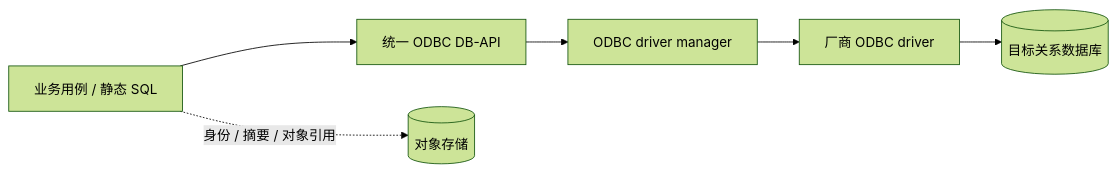
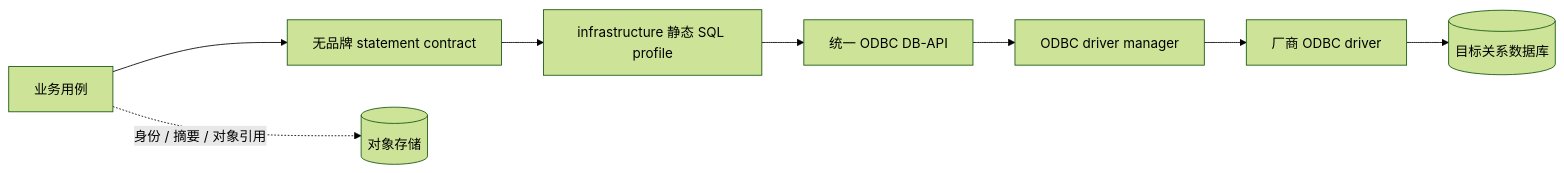
The first of 2 diagrams in docs/architecture/database-portability.md (hrygo/SpeechNexus), drawn with Mermaid (forest theme) before and after one commit. The commit also changed other lines of this file and 12 other files, not shown here.

````diff
--- a/docs/architecture/database-portability.md
+++ b/docs/architecture/database-portability.md
@@ -39,16 +50,20 @@
 ```mermaid
 flowchart LR
-    App[业务用例 / 静态 SQL]
+    App[业务用例]
+    Contract[无品牌 statement contract]
+    Profile[infrastructure 静态 SQL profile]
     DBAPI[统一 ODBC DB-API]
     Manager[ODBC driver manager]
     Driver[厂商 ODBC driver]
     DB[(目标关系数据库)]
 
-    App --> DBAPI
+    App --> Contract
+    Contract --> Profile
+    Profile --> DBAPI
     DBAPI --> Manager
     Manager --> Driver
     Driver --> DB
 
     Obj[(对象存储)]
     App -. 身份 / 摘要 / 对象引用 .-> Obj
 ```
````
